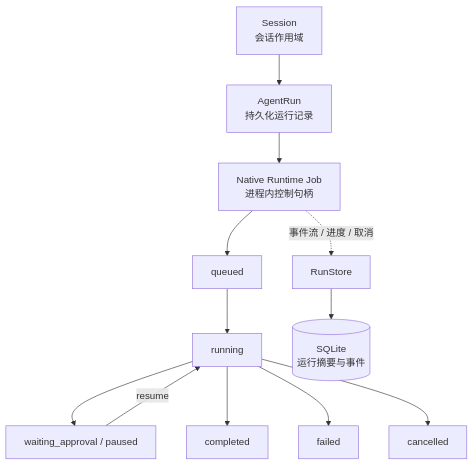
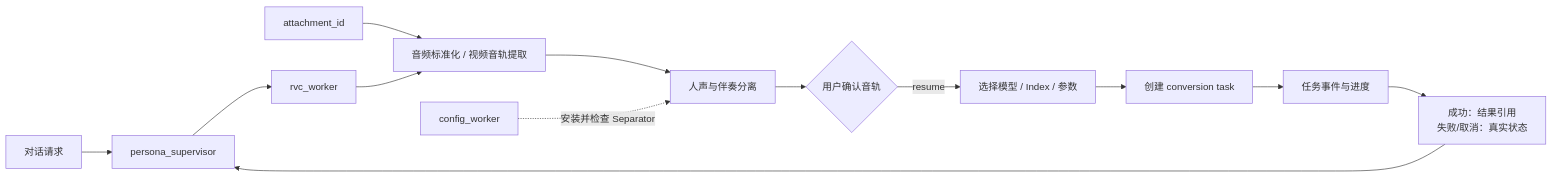
Before and after one commit to TKGEKKOU/yumeno: the third of 3 diagrams in README.md, drawn with Mermaid. The commit also changed other lines of this file and 26 other files, not shown here.

````diff
--- a/README.md
+++ b/README.md
@@ -221,19 +211,17 @@
 ```mermaid
-%% Native Runtime 是进程内生命周期内核，不是独立分布式调度服务
-flowchart TD
-  SESSION[Session
-会话作用域] --> RUN[AgentRun
-持久化运行记录]
-  RUN --> JOB[Native Runtime Job
-进程内控制句柄]
-  JOB --> Q[queued]
-  Q --> R[running]
-  R --> WAIT[waiting_approval / paused]
-  WAIT -->|resume| R
-  R --> DONE[completed]
-  R --> FAIL[failed]
-  R --> CANCEL[cancelled]
-  JOB -.事件流 / 进度 / 取消.-> STORE[RunStore]
-  STORE --> SQL[(SQLite
-运行摘要与事件)]
+%% RVC 文件型长任务：引用 ID 在各阶段传递，不暴露本地路径
+flowchart LR
+  MSG[对话请求] --> SUP[persona_supervisor]
+  SUP --> W[rvc_worker]
+  ATT[attachment_id] --> PRE[音频标准化 / 视频音轨提取]
+  W --> PRE
+  PRE --> SEP[人声与伴奏分离]
+  SEP --> APPROVE{用户确认音轨}
+  APPROVE -->|resume| MODEL[选择模型 / Index / 参数]
+  MODEL --> TASK[创建 conversion task]
+  TASK --> EVENT[任务事件与进度]
+  EVENT --> RESULT[成功：结果引用
+失败/取消：真实状态]
+  RESULT --> SUP
+  CFG[config_worker] -.安装并检查 Separator.-> SEP
 ```
````
